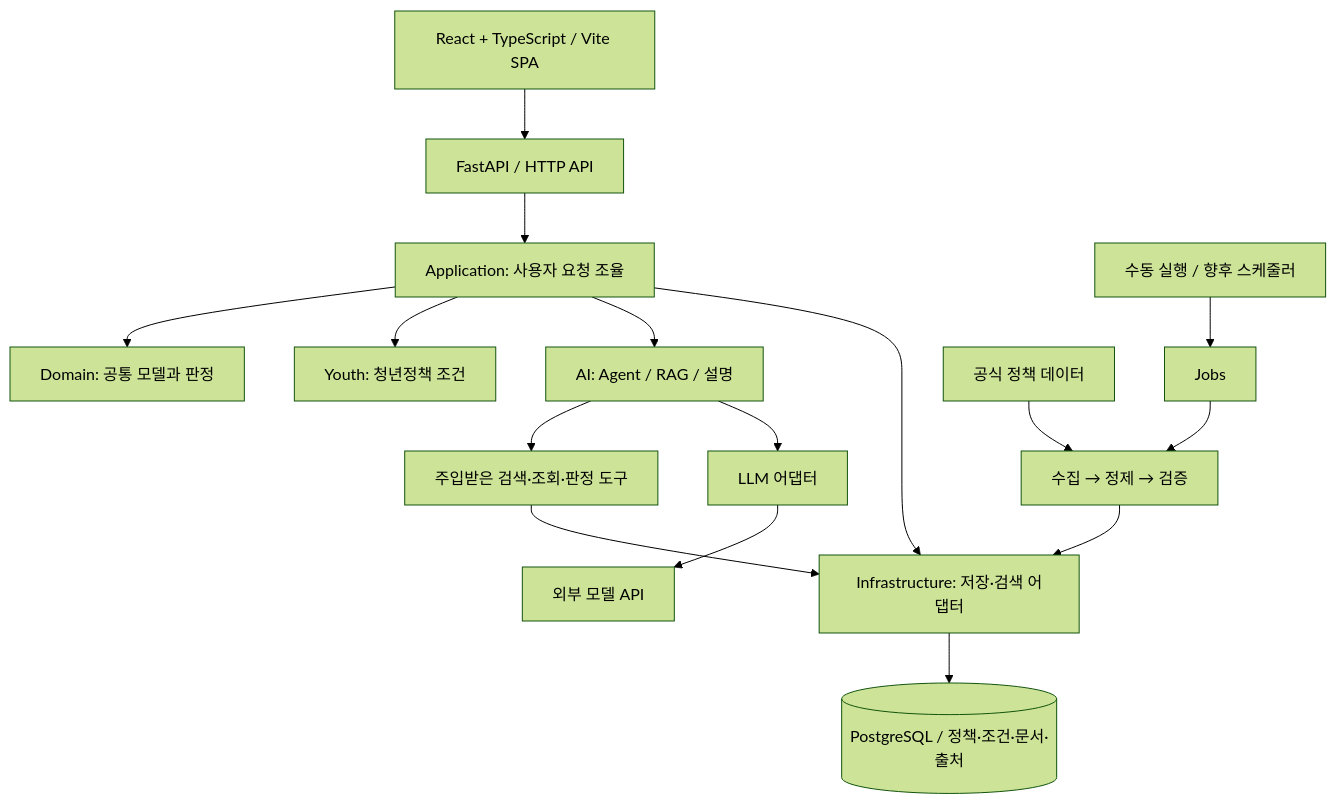
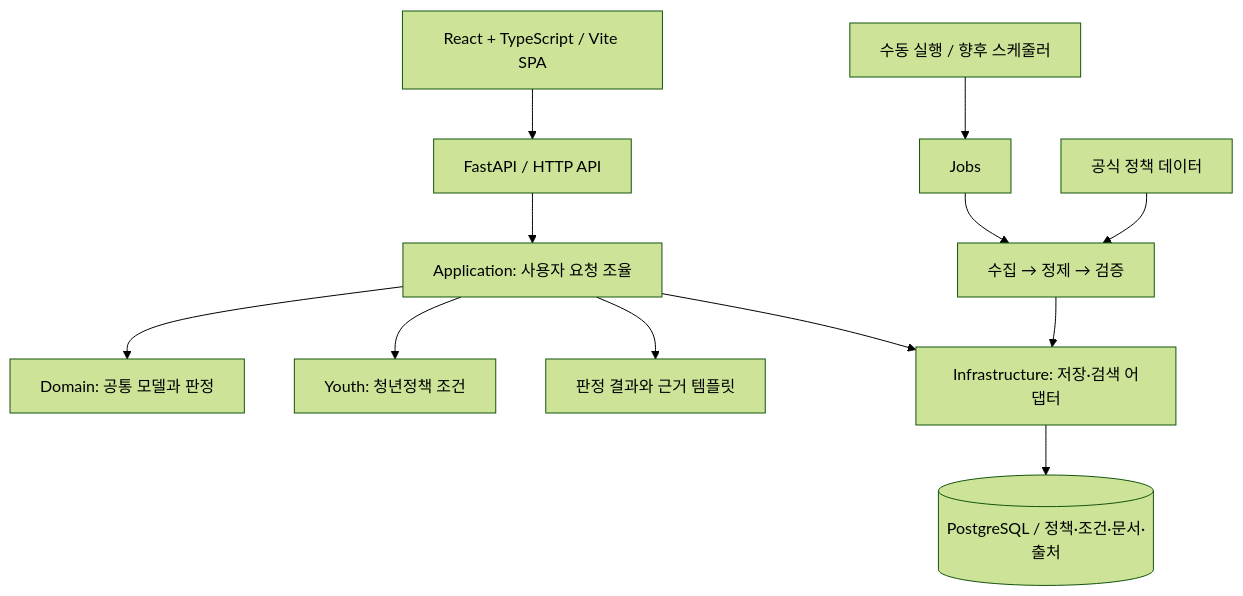
The diagram in docs/ARCHITECTURE.md (x17545/benefitfinder-ai), drawn with Mermaid (forest theme) before and after one commit. The commit also changed other lines of this file and 23 other files, not shown here.

````diff
--- a/docs/ARCHITECTURE.md
+++ b/docs/ARCHITECTURE.md
@@ -15,18 +15,14 @@
 ```mermaid
 flowchart TD
     Web[React + TypeScript / Vite SPA] --> API[FastAPI / HTTP API]
     API --> App[Application: 사용자 요청 조율]
     App --> Core[Domain: 공통 모델과 판정]
     App --> Youth[Youth: 청년정책 조건]
-    App --> AI[AI: Agent / RAG / 설명]
-    AI --> Tools[주입받은 검색·조회·판정 도구]
+    App --> Explain[판정 결과와 근거 템플릿]
     App --> Infra[Infrastructure: 저장·검색 어댑터]
-    Tools --> Infra
     Infra --> DB[(PostgreSQL / 정책·조건·문서·출처)]
-    AI --> Model[LLM 어댑터]
-    Model --> Provider[외부 모델 API]
     Scheduler[수동 실행 / 향후 스케줄러] --> Jobs[Jobs]
     Jobs --> Ingest[수집 → 정제 → 검증]
     Official[공식 정책 데이터] --> Ingest
     Ingest --> Infra
 ```
````
